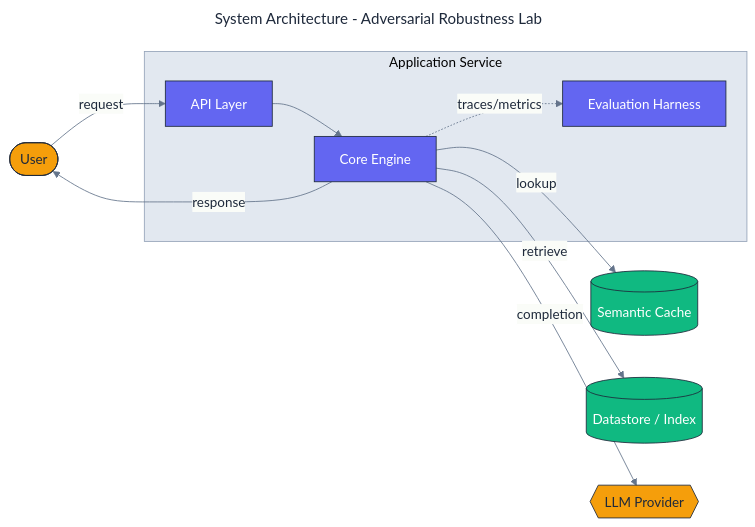
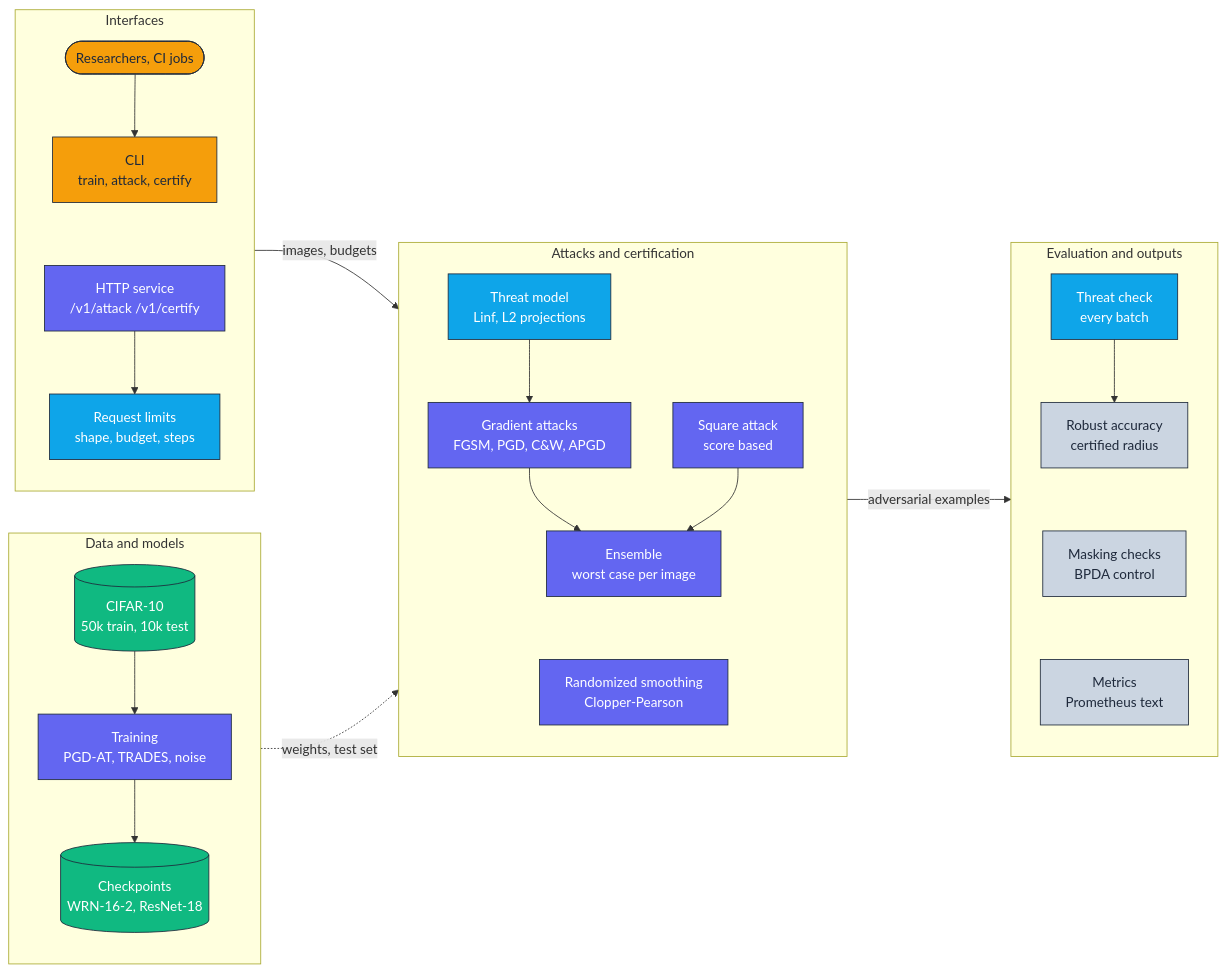
One commit to adeoluo/adversarial-robustness-lab changed the diagram in docs/architecture/architecture.mmd. Above: the diagram before and after it, drawn with Mermaid. The commit also changed 13 other files, not shown here.

First line of the commit message:
docs: architecture decision records, diagram, threat model and data card (#2)

```diff
--- a/docs/architecture/architecture.mmd
+++ b/docs/architecture/architecture.mmd
@@ -1,38 +1,47 @@
----
-title: System Architecture - Adversarial Robustness Lab
-config:
-  theme: base
-  themeVariables:
-    fontFamily: "Inter, system-ui, sans-serif"
-    primaryColor: "#F8FAFC"
-    primaryBorderColor: "#1E293B"
-    primaryTextColor: "#1E293B"
-    lineColor: "#64748B"
-    clusterBkg: "#E2E8F0"
-    clusterBorder: "#94A3B8"
----
 flowchart LR
+    classDef edge     fill:#F59E0B,stroke:#1E293B,color:#1E293B,stroke-width:1px;
     classDef core     fill:#6366F1,stroke:#1E293B,color:#ffffff,stroke-width:1px;
     classDef data     fill:#10B981,stroke:#1E293B,color:#ffffff,stroke-width:1px;
-    classDef external fill:#F59E0B,stroke:#1E293B,color:#1E293B,stroke-width:1px;
-    classDef danger   fill:#EF4444,stroke:#1E293B,color:#ffffff,stroke-width:1px;
+    classDef control  fill:#0EA5E9,stroke:#1E293B,color:#ffffff,stroke-width:1px;
+    classDef obs      fill:#CBD5E1,stroke:#1E293B,color:#1E293B,stroke-width:1px;
 
-    User([User]):::external
-
-    subgraph Application["Application Service"]
-        API[API Layer]:::core
-        Core[Core Engine]:::core
-        Evaluation[Evaluation Harness]:::core
+    subgraph Interfaces["Interfaces"]
+        direction TB
+        Users([Researchers, CI jobs]):::edge
+        CLI["CLI<br/>train, attack, certify"]:::edge
+        Service["HTTP service<br/>/v1/attack /v1/certify"]:::core
+        Validate["Request limits<br/>shape, budget, steps"]:::control
+        Users --> CLI ~~~ Service --> Validate
     end
 
-    Cache[(Semantic Cache)]:::data
-    Store[(Datastore / Index)]:::data
-    LLM{{LLM Provider}}:::external
+    subgraph State["Data and models"]
+        direction TB
+        Cifar[("CIFAR-10<br/>50k train, 10k test")]:::data
+        Trainer["Training<br/>PGD-AT, TRADES, noise"]:::core
+        Zoo[("Checkpoints<br/>WRN-16-2, ResNet-18")]:::data
+        Cifar --> Trainer --> Zoo
+    end
 
-    User -->|request| API
-    API --> Core
-    Core -->|lookup| Cache
-    Core -->|retrieve| Store
-    Core -->|completion| LLM
-    Core -.->|traces/metrics| Evaluation
-    Core -->|response| User
+    subgraph Core["Attacks and certification"]
+        direction TB
+        Geometry["Threat model<br/>Linf, L2 projections"]:::control
+        Gradient["Gradient attacks<br/>FGSM, PGD, C&W, APGD"]:::core
+        Square["Square attack<br/>score based"]:::core
+        Ensemble["Ensemble<br/>worst case per image"]:::core
+        Smooth["Randomized smoothing<br/>Clopper-Pearson"]:::core
+        Geometry --> Gradient --> Ensemble
+        Square --> Ensemble ~~~ Smooth
+    end
+
+    subgraph Obs["Evaluation and outputs"]
+        direction TB
+        Verify["Threat check<br/>every batch"]:::control
+        Sanity["Masking checks<br/>BPDA control"]:::obs
+        Reports["Robust accuracy<br/>certified radius"]:::obs
+        Metrics["Metrics<br/>Prometheus text"]:::obs
+        Verify --> Reports ~~~ Sanity ~~~ Metrics
+    end
+
+    Interfaces -->|images, budgets| Core
+    State -.->|weights, test set| Core
+    Core -->|adversarial examples| Obs
```
